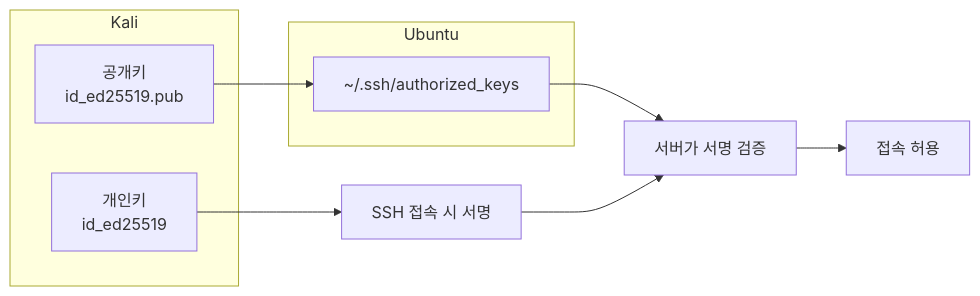
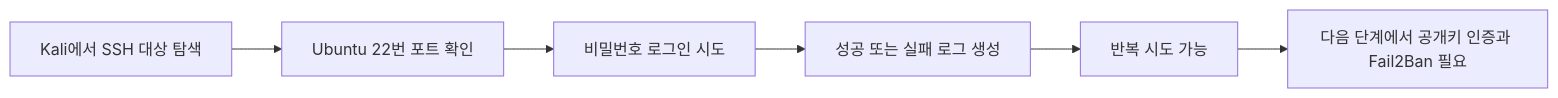
Before and after one commit to sbaek100/sbaek100.github.io: the first of 2 diagrams in _posts/2026-03-26-SecuritySystem-6-1.md, drawn with Mermaid. The commit also changed other lines of this file and 2 other files, not shown here.

Commit message:
Revise SSH security lecture series

````diff
--- a/_posts/2026-03-26-SecuritySystem-6-1.md
+++ b/_posts/2026-03-26-SecuritySystem-6-1.md
@@ -384,15 +66,8 @@
 ```mermaid
 flowchart LR
-    subgraph "Kali"
-        PRI["개인키<br/>id_ed25519"]
-        PUB["공개키<br/>id_ed25519.pub"]
-    end
-    subgraph "Ubuntu"
-        AUTH["~/.ssh/authorized_keys"]
-    end
-    PUB --> AUTH
-    PRI --> CHECK["SSH 접속 시 서명"]
-    AUTH --> OK["서버가 서명 검증"]
-    CHECK --> OK
-    OK --> ALLOW["접속 허용"]
+    A["Kali에서 SSH 대상 탐색"] --> B["Ubuntu 22번 포트 확인"]
+    B --> C["비밀번호 로그인 시도"]
+    C --> D["성공 또는 실패 로그 생성"]
+    D --> E["반복 시도 가능"]
+    E --> F["다음 단계에서 공개키 인증과 Fail2Ban 필요"]
 ```
````
